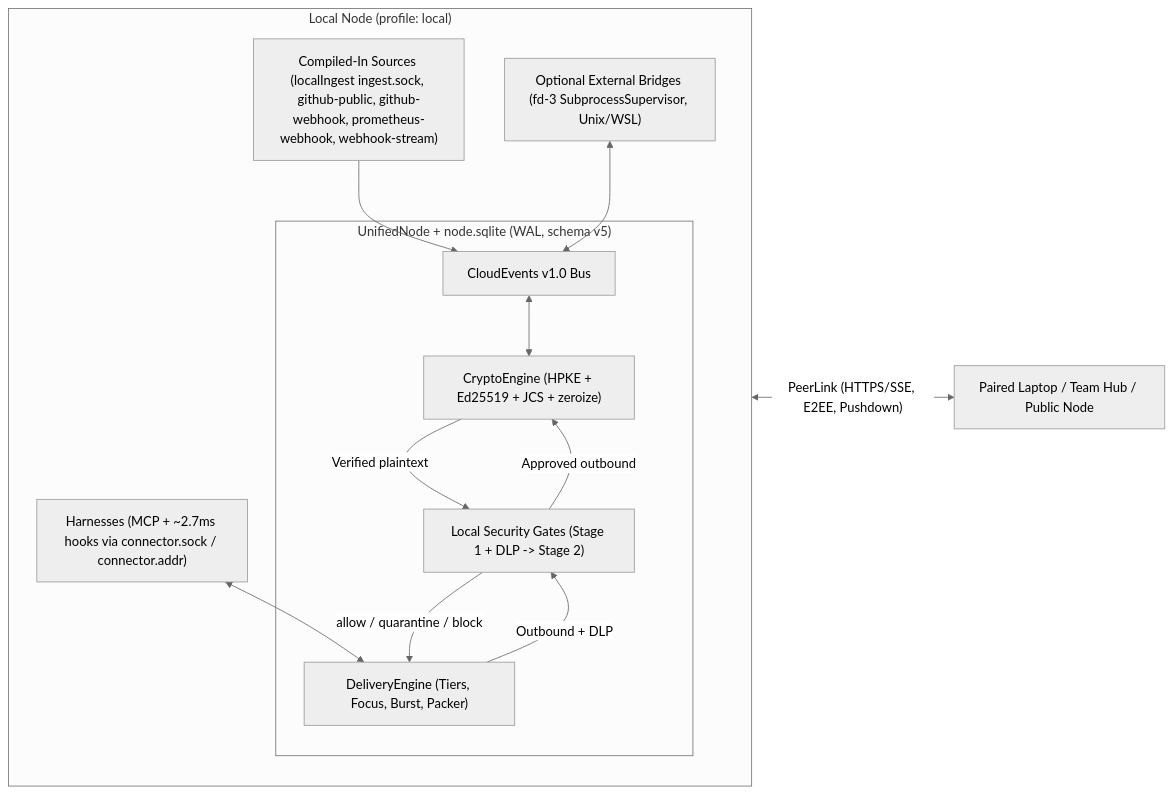
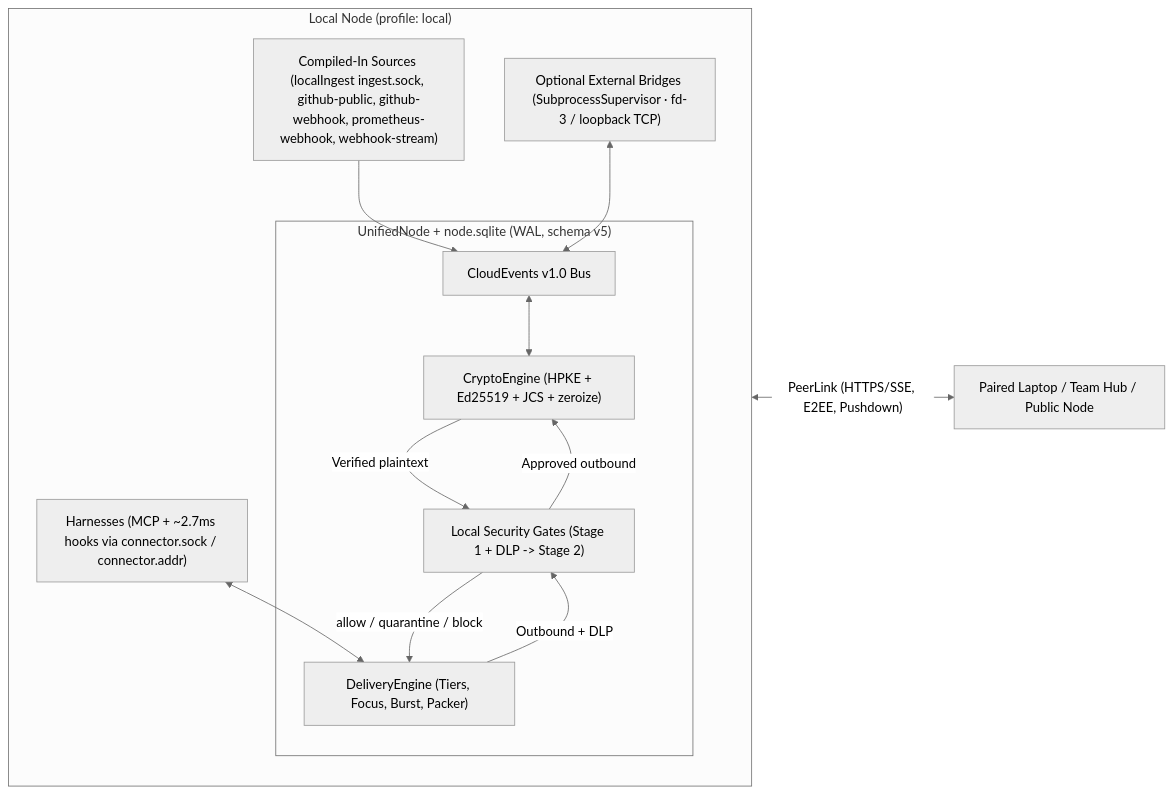
The diagram in docs/internals/architecture.md (hyphae-to/hyp), drawn with Mermaid (neutral theme) before and after one commit. The commit also changed other lines of this file and 11 other files, not shown here.

Commit message:
docs/site: document native Windows chat bridges via authenticated loopback TCP

````diff
--- a/docs/internals/architecture.md
+++ b/docs/internals/architecture.md
@@ -9,27 +9,27 @@
 ```mermaid
 flowchart LR
   subgraph LocalNode["Local Node (profile: local)"]
     direction TB
     Harnesses["Harnesses (MCP + ~2.7ms hooks via connector.sock / connector.addr)"]
     Sources["Compiled-In Sources (localIngest ingest.sock, github-public, github-webhook, prometheus-webhook, webhook-stream)"]
-    Bridges["Optional External Bridges (fd-3 SubprocessSupervisor, Unix/WSL)"]
+    Bridges["Optional External Bridges (SubprocessSupervisor · fd-3 / loopback TCP)"]
 
     subgraph Core["UnifiedNode + node.sqlite (WAL, schema v5)"]
       Bus["CloudEvents v1.0 Bus"]
       Crypto["CryptoEngine (HPKE + Ed25519 + JCS + zeroize)"]
       Gates["Local Security Gates (Stage 1 + DLP -> Stage 2)"]
       Delivery["DeliveryEngine (Tiers, Focus, Burst, Packer)"]
     end
 
     Harnesses <--> Delivery
     Sources --> Bus
     Bridges <--> Bus
     Bus <--> Crypto
     Crypto -->|"Verified plaintext"| Gates
     Gates -->|"allow / quarantine / block"| Delivery
     Delivery -->|"Outbound + DLP"| Gates
     Gates -->|"Approved outbound"| Crypto
   end
 
   Crypto <-->|"PeerLink (HTTPS/SSE, E2EE, Pushdown)"| Remote["Paired Laptop / Team Hub / Public Node"]
 ```
````
